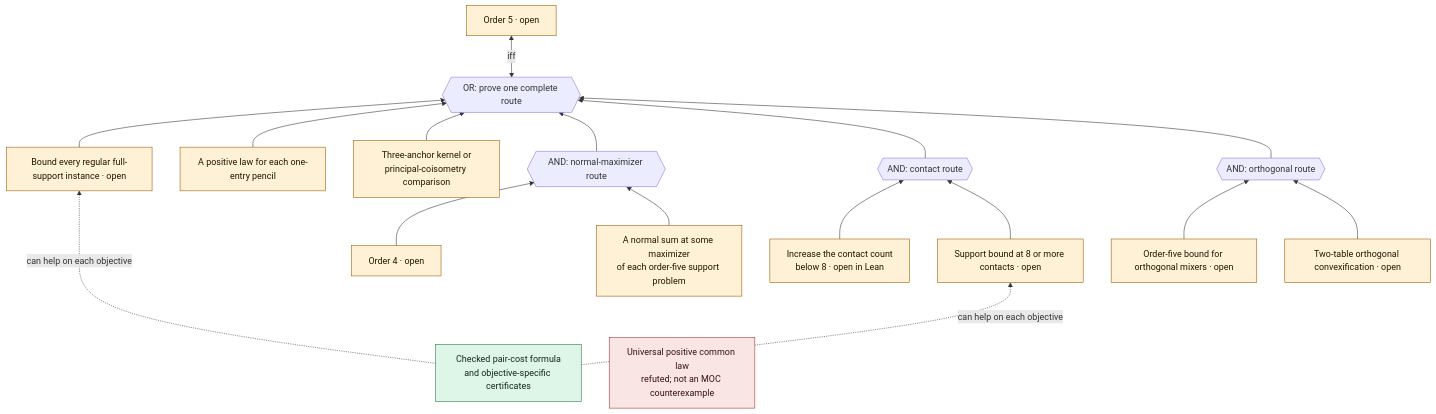
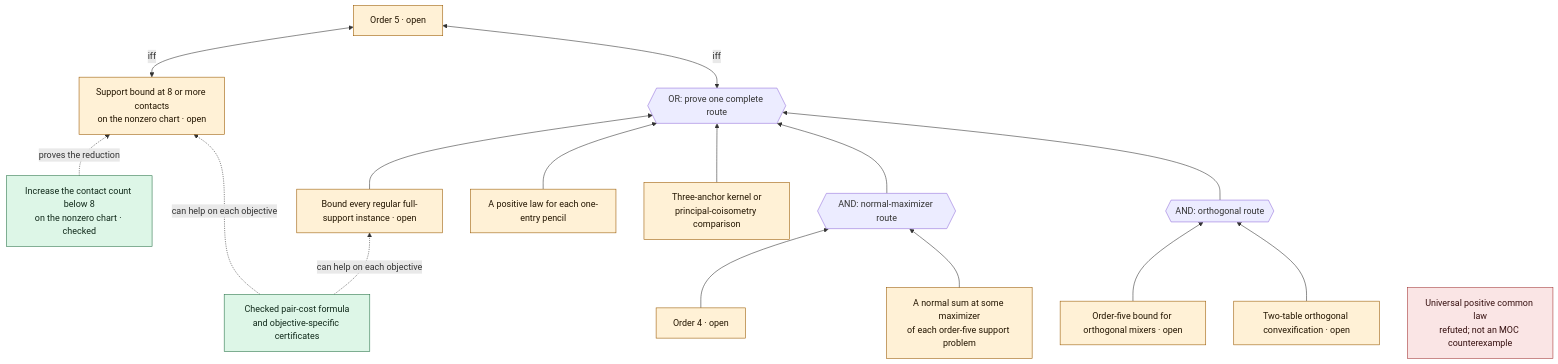
One commit to ascendnoosphere/MOC changed the third of 4 diagrams in Lean/ProofTree.md. Above: the diagram before and after it, drawn with Mermaid. The commit also changed other lines of this file and 11 other files, not shown here.

Commit message:
MOC: prove the all-order terminal contact reduction

````diff
--- a/Lean/ProofTree.md
+++ b/Lean/ProofTree.md
@@ -68,37 +68,35 @@
 ```mermaid
 flowchart BT
     FIVE["Order 5 · open"]:::open
     OR5{{"OR: prove one complete route"}}
     DENSE["Bound every regular full-support instance · open"]:::open
     PENCIL["A positive law for each one-entry pencil"]:::open
     CHART["Three-anchor kernel or<br/>principal-coisometry comparison"]:::open
     ANDN{{"AND: normal-maximizer route"}}
     FOUR["Order 4 · open"]:::open
     NORMAL["A normal sum at some maximizer<br/>of each order-five support problem"]:::open
-    ANDC{{"AND: contact route"}}
-    TRANSFER["Increase the contact count<br/>below 8 · open in Lean"]:::open
-    EIGHT["Support bound at 8 or more contacts · open"]:::open
+    TRANSFER["Increase the contact count below 8<br/>on the nonzero chart · checked"]:::checked
+    EIGHT["Support bound at 8 or more contacts<br/>on the nonzero chart · open"]:::open
     ANDO{{"AND: orthogonal route"}}
     REAL["Order-five bound for orthogonal mixers · open"]:::open
     MIX["Two-table orthogonal convexification · open"]:::open
     COST["Checked pair-cost formula<br/>and objective-specific certificates"]:::checked
     DEAD["Universal positive common law<br/>refuted; not an MOC counterexample"]:::blocked
     DENSE --> OR5
     PENCIL --> OR5
     CHART --> OR5
     FOUR --> ANDN
     NORMAL --> ANDN
-    TRANSFER --> ANDC
-    EIGHT --> ANDC
+    TRANSFER -. proves the reduction .-> EIGHT
+    EIGHT <-->|iff| FIVE
     REAL --> ANDO
     MIX --> ANDO
     ANDN --> OR5
-    ANDC --> OR5
     ANDO --> OR5
     COST -. can help on each objective .-> DENSE
     COST -. can help on each objective .-> EIGHT
     OR5 <-->|iff| FIVE
     classDef open fill:#fff1d6,stroke:#9a5900,color:#231500
     classDef checked fill:#ddf6e7,stroke:#287348,color:#10291a
     classDef blocked fill:#fae5e5,stroke:#a33434,color:#361010
 ```
````
